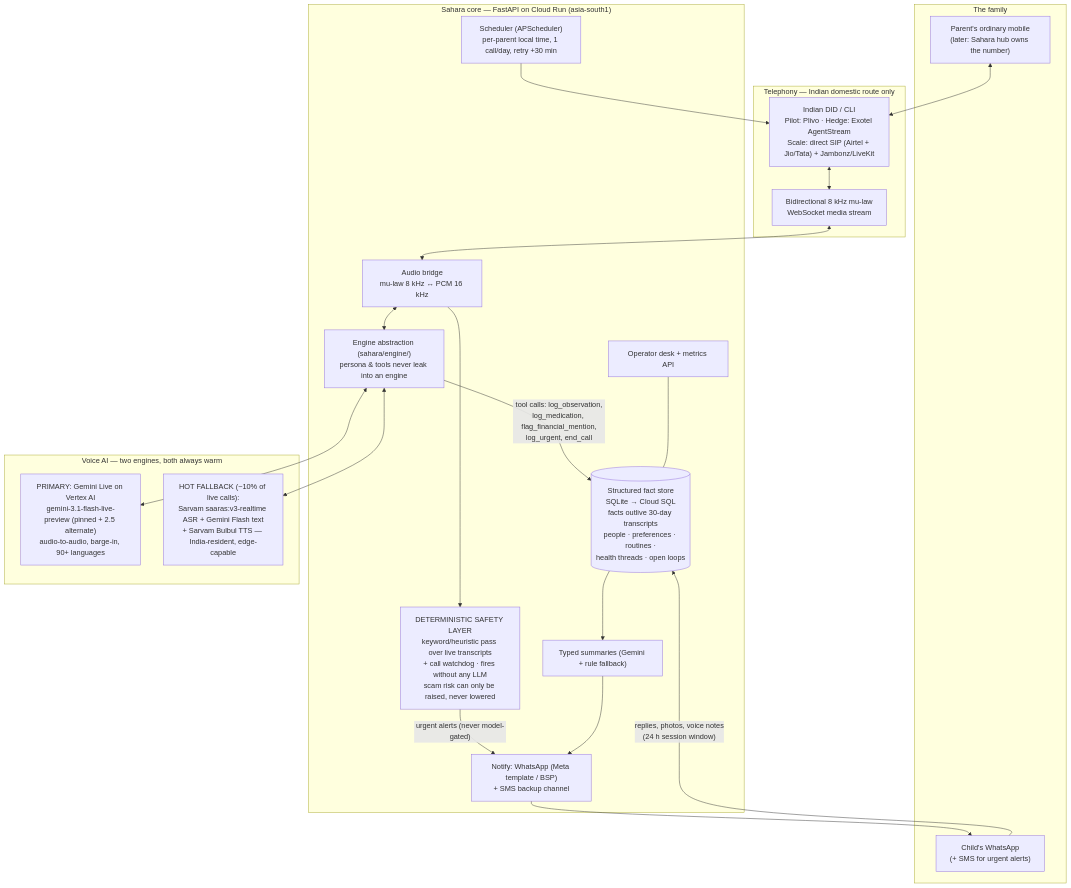
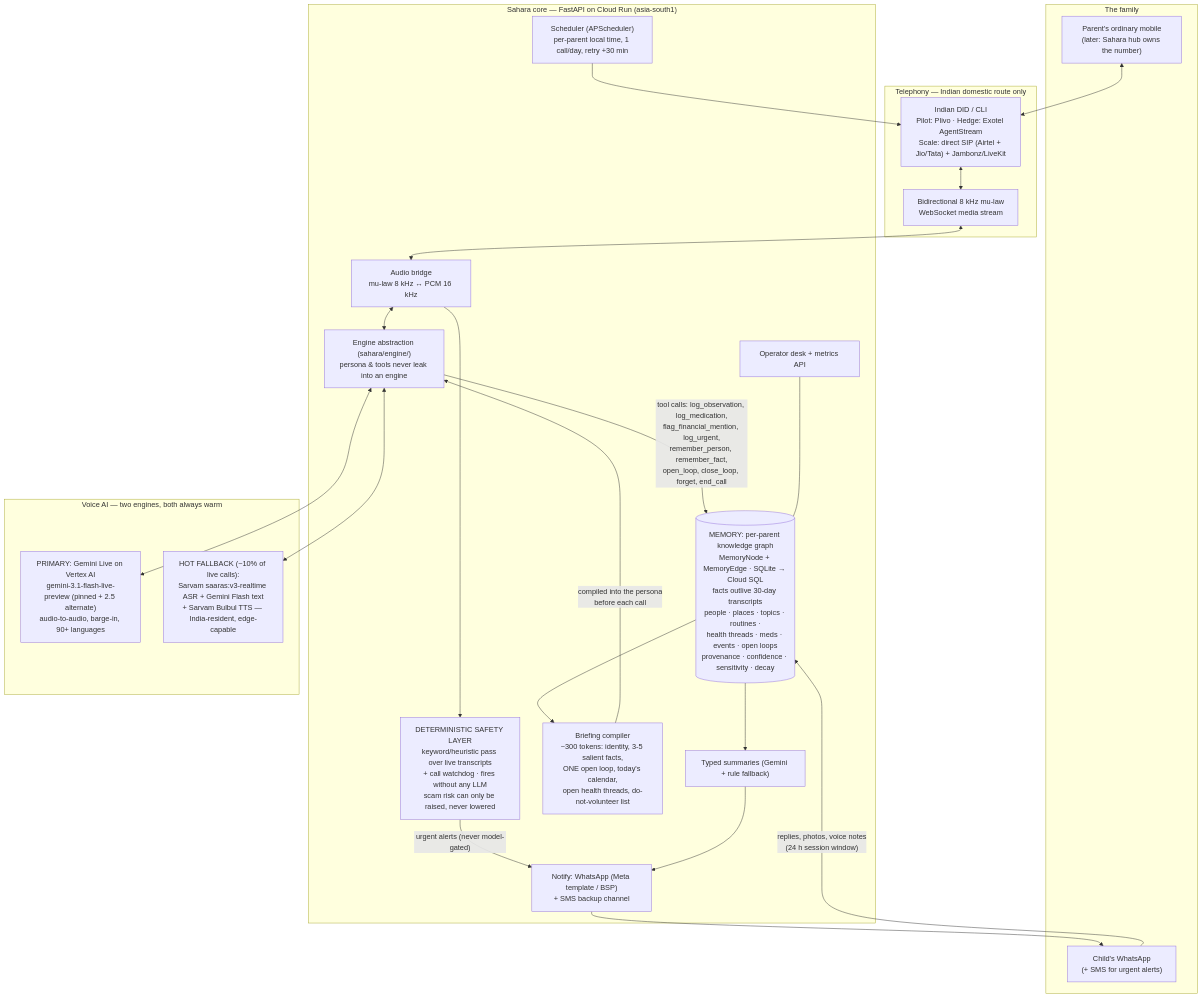
The diagram in docs/VISION.md (tapaskar/sahara), drawn with Mermaid before and after one commit. The commit also changed other lines of this file and 1 other file, not shown here.

First line of the commit message:
Add the long-term memory framework and put it in the stack

````diff
--- a/docs/VISION.md
+++ b/docs/VISION.md
@@ -44,44 +44,47 @@
 ```mermaid
 flowchart TB
     subgraph FAM["The family"]
         P["Parent's ordinary mobile<br/>(later: Sahara hub owns the number)"]
         C["Child's WhatsApp<br/>(+ SMS for urgent alerts)"]
     end
 
     subgraph TEL["Telephony — Indian domestic route only"]
         DID["Indian DID / CLI<br/>Pilot: Plivo · Hedge: Exotel AgentStream<br/>Scale: direct SIP (Airtel + Jio/Tata) + Jambonz/LiveKit"]
         WS["Bidirectional 8 kHz mu-law<br/>WebSocket media stream"]
     end
 
     subgraph CORE["Sahara core — FastAPI on Cloud Run (asia-south1)"]
         SCHED["Scheduler (APScheduler)<br/>per-parent local time, 1 call/day, retry +30 min"]
         BRIDGE["Audio bridge<br/>mu-law 8 kHz ↔ PCM 16 kHz"]
         SAFE["DETERMINISTIC SAFETY LAYER<br/>keyword/heuristic pass over live transcripts<br/>+ call watchdog · fires without any LLM<br/>scam risk can only be raised, never lowered"]
         ENG["Engine abstraction (sahara/engine/)<br/>persona & tools never leak into an engine"]
-        FACTS[("Structured fact store<br/>SQLite → Cloud SQL<br/>facts outlive 30-day transcripts<br/>people · preferences · routines ·<br/>health threads · open loops")]
+        FACTS[("MEMORY: per-parent knowledge graph<br/>MemoryNode + MemoryEdge · SQLite → Cloud SQL<br/>facts outlive 30-day transcripts<br/>people · places · topics · routines ·<br/>health threads · meds · events · open loops<br/>provenance · confidence · sensitivity · decay")]
+        BRIEF["Briefing compiler<br/>~300 tokens: identity, 3-5 salient facts,<br/>ONE open loop, today's calendar,<br/>open health threads, do-not-volunteer list"]
         SUM["Typed summaries (Gemini + rule fallback)"]
         NOT["Notify: WhatsApp (Meta template / BSP)<br/>+ SMS backup channel"]
         DESK["Operator desk + metrics API"]
     end
 
     subgraph AI["Voice AI — two engines, both always warm"]
         GEM["PRIMARY: Gemini Live on Vertex AI<br/>gemini-3.1-flash-live-preview (pinned + 2.5 alternate)<br/>audio-to-audio, barge-in, 90+ languages"]
         CAS["HOT FALLBACK (~10% of live calls):<br/>Sarvam saaras:v3-realtime ASR + Gemini Flash text<br/>+ Sarvam Bulbul TTS — India-resident, edge-capable"]
     end
 
     SCHED --> DID
     P <--> DID
     DID <--> WS
     WS <--> BRIDGE
     BRIDGE <--> ENG
     BRIDGE --> SAFE
     ENG <--> GEM
     ENG <--> CAS
-    ENG -- "tool calls: log_observation,<br/>log_medication, flag_financial_mention,<br/>log_urgent, end_call" --> FACTS
+    FACTS --> BRIEF
+    BRIEF -- "compiled into the persona<br/>before each call" --> ENG
+    ENG -- "tool calls: log_observation, log_medication,<br/>flag_financial_mention, log_urgent,<br/>remember_person, remember_fact,<br/>open_loop, close_loop, forget, end_call" --> FACTS
     SAFE -- "urgent alerts (never model-gated)" --> NOT
     FACTS --> SUM
     SUM --> NOT
     NOT --> C
     C -- "replies, photos, voice notes<br/>(24 h session window)" --> FACTS
     DESK --- FACTS
 ```
````
